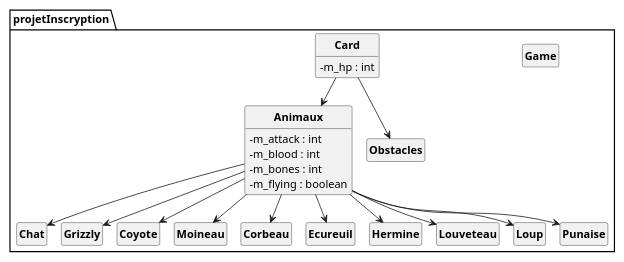
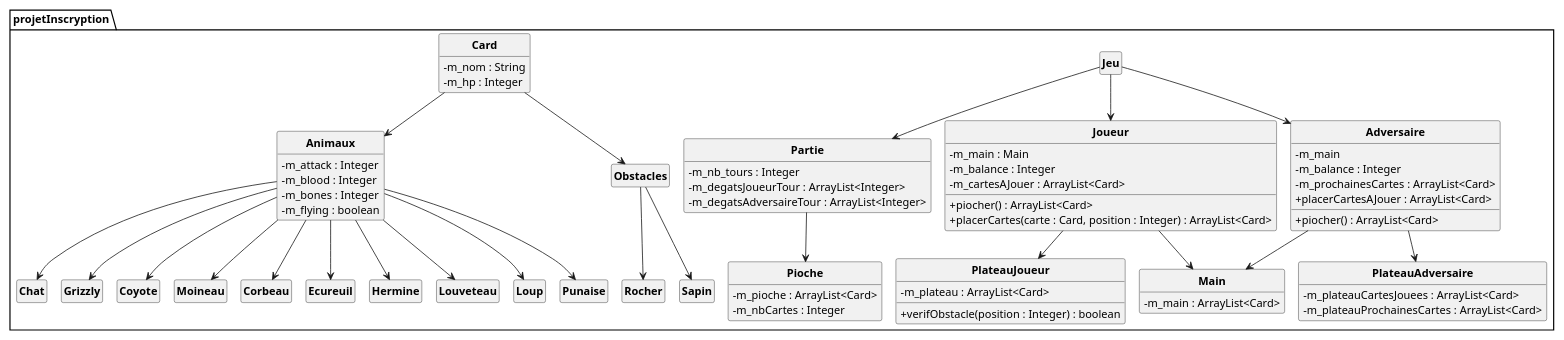
The diagram in uml/UMLclassesAmandine.puml (Amandine-Miranda/Projet-InscryptionGame-Java), drawn with PlantUML before and after one commit.

Commit message:
Essai d'uml, je suis vraiment pas très bonne à ça mais bon on essaie quand même

```diff
--- a/uml/UMLclassesAmandine.puml
+++ b/uml/UMLclassesAmandine.puml
@@ -1,76 +1,143 @@
 @startuml
 scale 0.8
 skinparam classAttributeIconSize 0
 skinparam classFontStyle Bold
 skinparam style strictuml
 hide empty members
 !pragma layout smetana
 
 package projetInscryption{
-    class Game{
+    class Jeu{
+
+    }
+
+    class Partie{
+        - m_nb_tours : Integer
+        - m_degatsJoueurTour : ArrayList<Integer>
+        - m_degatsAdversaireTour : ArrayList<Integer>
+    }
+
+    class Joueur {
+        - m_main : Main
+        - m_balance : Integer
+        - m_cartesAJouer : ArrayList<Card>
+
+        + piocher() : ArrayList<Card>
+        + placerCartes(carte : Card, position : Integer) : ArrayList<Card>
+
+
+    }
+
+    class PlateauJoueur{
+        - m_plateau : ArrayList<Card>
+        + verifObstacle(position : Integer) : boolean
+    }
+
+    class Adversaire {
+        - m_main
+        - m_balance : Integer
+        - m_prochainesCartes : ArrayList<Card>
+        + piocher() : ArrayList<Card>
+        + placerCartesAJouer : ArrayList<Card>
+    }
+
+    class PlateauAdversaire {
+        - m_plateauCartesJouees : ArrayList<Card>
+        - m_plateauProchainesCartes : ArrayList<Card>
+    }
+
+    class Main {
+        - m_main : ArrayList<Card>
+    }
+
+    class Pioche {
+        - m_pioche : ArrayList<Card>
+        - m_nbCartes : Integer
 
     }
 
     class Card{
-        - m_hp : int
+        - m_nom : String
+        - m_hp : Integer
     }
 
     class Animaux{
-        - m_attack : int
-        - m_blood : int
-        - m_bones : int
+        - m_attack : Integer
+        - m_blood : Integer
+        - m_bones : Integer
         - m_flying : boolean
-    }
-
-    class Obstacles{
-
     }
 
     class Chat{
 
     }
     class Grizzly{
 
     }
     class Coyote{
 
     }
     class Moineau{
 
     }
     class Corbeau{
 
     }
     class Ecureuil{
 
     }
     class Hermine{
 
     }
     class Louveteau{
 
     }
     class Loup{
 
     }
     class Punaise{
 
     }
+
+    class Obstacles{
+
+    }
+
+    class Rocher {
+
+    }
+
+    class Sapin{
+
+    }
 }
 
 Card --> Animaux
 Card --> Obstacles
-
 
 Animaux --> Chat
 Animaux --> Grizzly
 Animaux --> Coyote
 Animaux --> Moineau
 Animaux --> Corbeau
 Animaux --> Ecureuil
 Animaux --> Hermine
 Animaux --> Louveteau
 Animaux --> Loup
 Animaux --> Punaise
 
+Obstacles --> Rocher
+Obstacles --> Sapin
+
+Jeu --> Partie
+
+Jeu --> Joueur
+Jeu --> Adversaire
+Joueur --> Main
+Adversaire --> Main
+Partie --> Pioche
+
+Adversaire --> PlateauAdversaire
+Joueur --> PlateauJoueur
+
 @enduml
```
